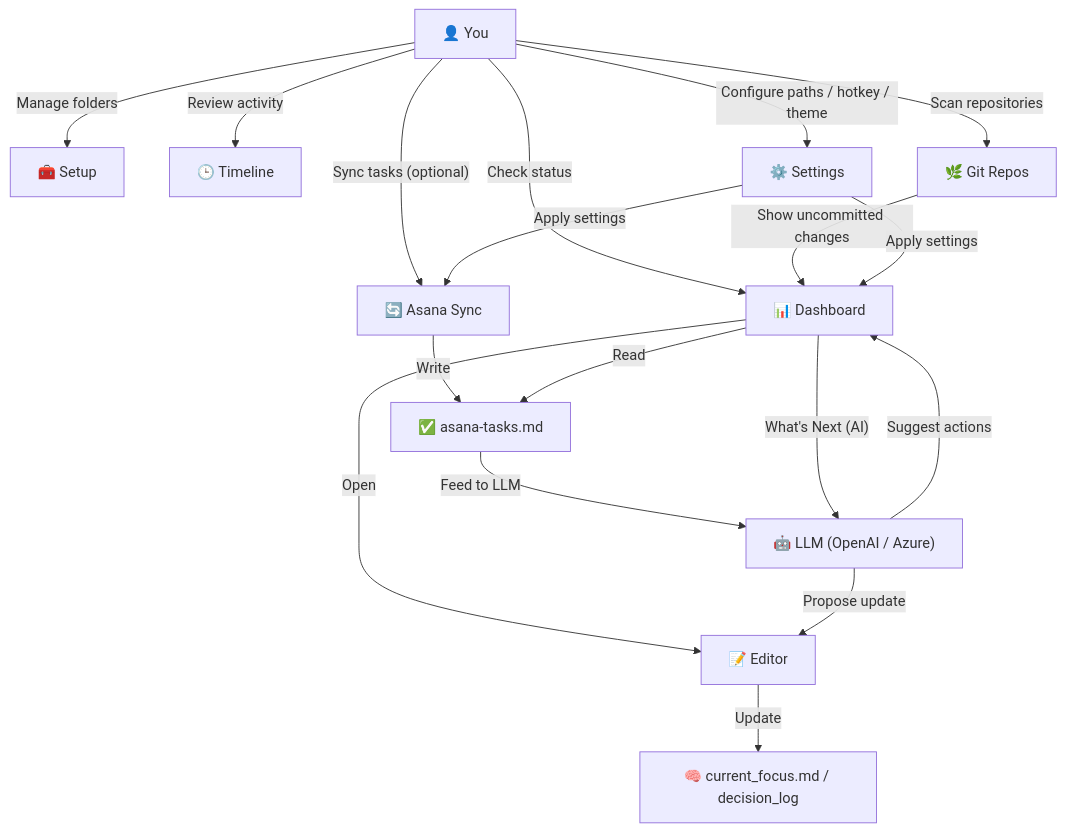
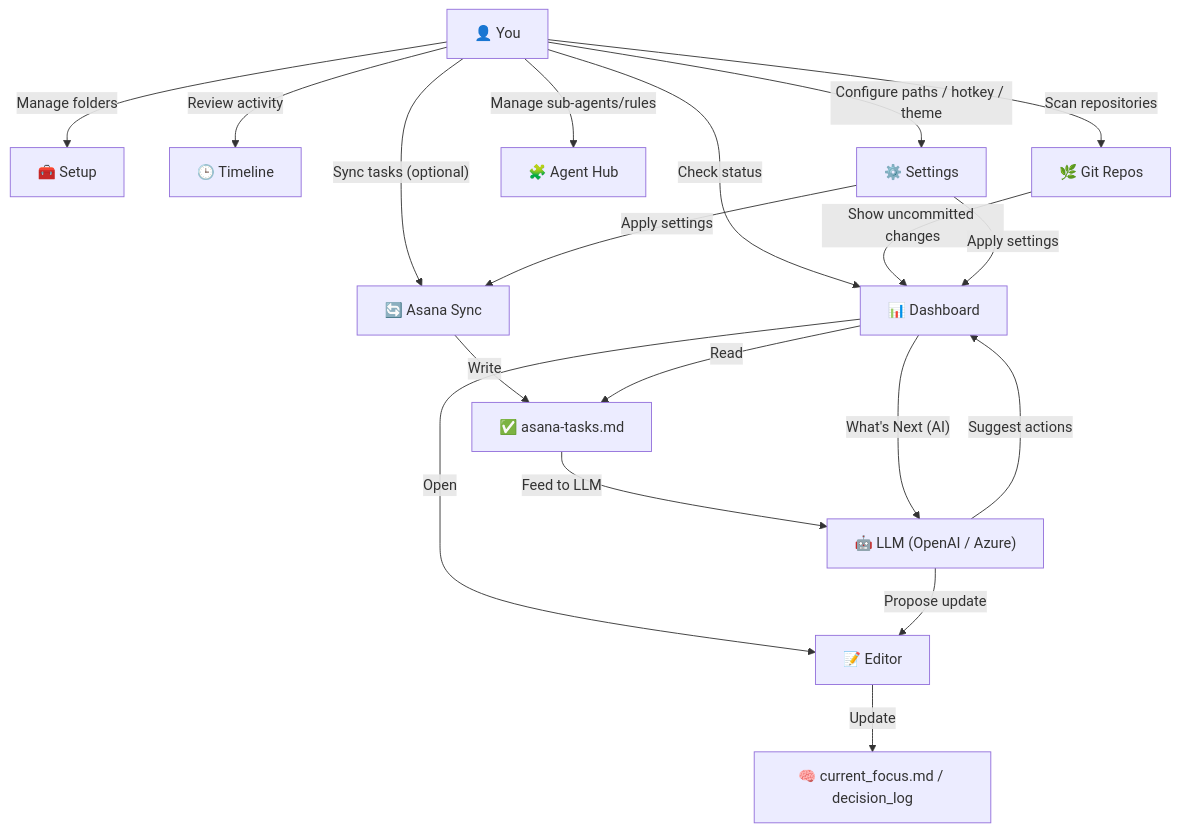
One commit to yt3trees/ProjectCurator changed the first of 5 diagrams in README.md. Above: the diagram before and after it, drawn with Mermaid. The commit also changed 1 other file, not shown here.

Commit message:
docs: add Agent Hub to feature maps

````diff
--- a/README.md
+++ b/README.md
@@ -33,23 +33,24 @@
 ```mermaid
 flowchart TD
     U["👤 You"] -->|"Check status"| DB["📊 Dashboard"]
     DB -->|"Open"| ED["📝 Editor"]
     ED -->|"Update"| CTX["🧠 current_focus.md / decision_log"]
 
     U -->|"Sync tasks (optional)"| AS["🔄 Asana Sync"]
     AS -->|"Write"| TASKS["✅ asana-tasks.md"]
     DB -->|"Read"| TASKS
     TASKS -->|"Feed to LLM"| LLM["🤖 LLM (OpenAI / Azure)"]
     DB -->|"What's Next (AI)"| LLM
     LLM -->|"Propose update"| ED
     LLM -->|"Suggest actions"| DB
 
     U -->|"Manage folders"| SU["🧰 Setup"]
     U -->|"Review activity"| TL["🕒 Timeline"]
     U -->|"Scan repositories"| GR["🌿 Git Repos"]
+    U -->|"Manage sub-agents/rules"| AH["🧩 Agent Hub"]
     U -->|"Configure paths / hotkey / theme"| ST["⚙️ Settings"]
 
     GR -->|"Show uncommitted changes"| DB
     ST -->|"Apply settings"| DB
     ST -->|"Apply settings"| AS
 ```
````
